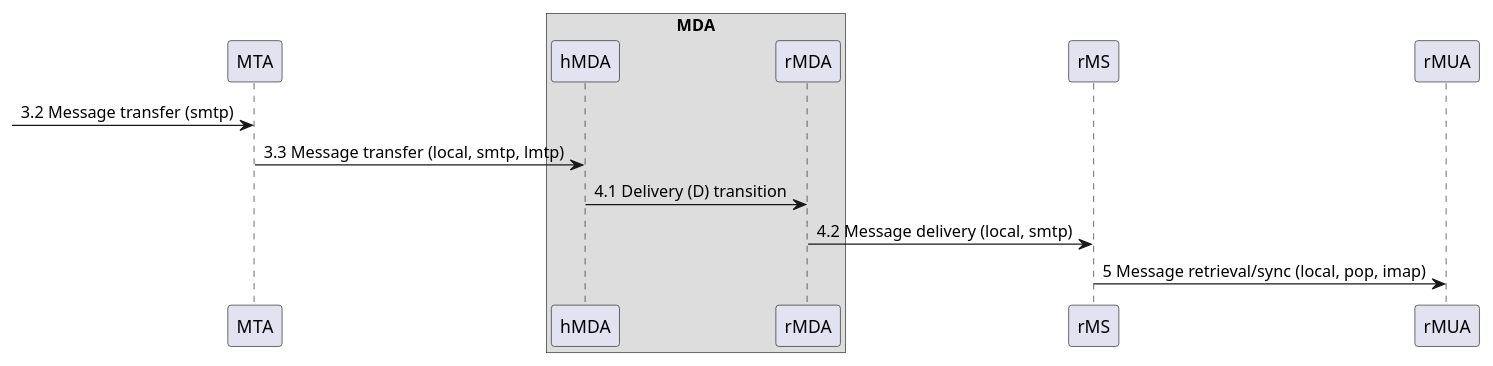
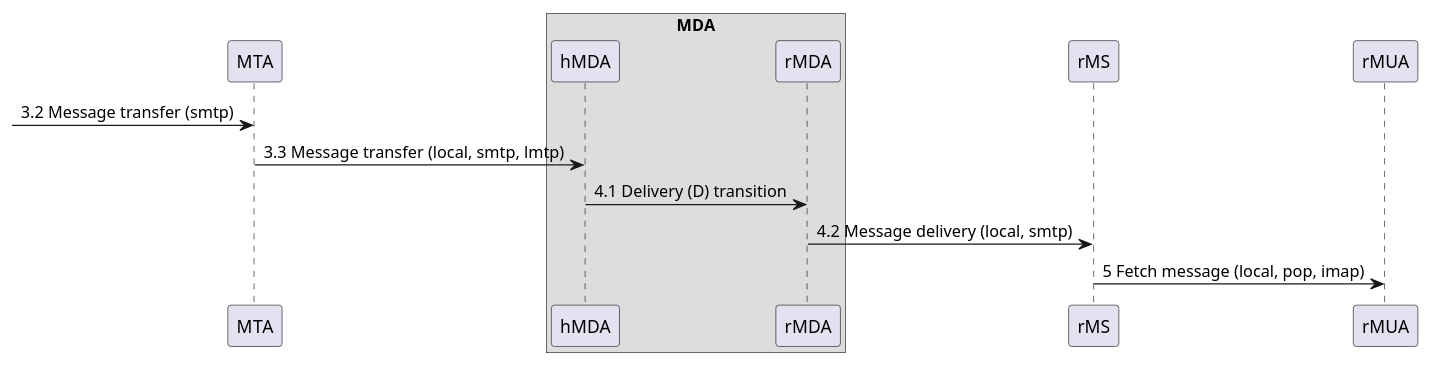
Before and after one commit to federizer/federizer: the diagram in docs/resources/rfc5598_sd_II.puml, drawn with PlantUML. The commit also changed 4 other files, not shown here.

```diff
--- a/docs/resources/rfc5598_sd_II.puml
+++ b/docs/resources/rfc5598_sd_II.puml
@@ -1,36 +1,36 @@
 @startuml Internet Mail Architecture (rfc5598), message flow part II.
 
 /'
 Message
 Message User Agent (MUA)
     Author MUA (aMUA)
     Recipient MUA (rMUA)
 Message Submission Agent (MSA)
     Author-focused MSA functions (aMSA)
     MHS-focused MSA functions (hMSA)
 Message Transfer Agent (MTA)
 Message Delivery Agent (MDA)
     Recipient-focused MDA functions (rMDA)
     MHS-focused MDA functions (hMDA)
 Message Store (MS)
     Author MS (aMS)
     Recipient MS (rMS)
     User Agent MS (uMS)
 '/
 
 'ADMD II. (bar.com)
 participant "MTA" as MTA /'MTA'/
 box "MDA"
 participant "hMDA" as hMDA /'MHS-focused MDA'/
 participant "rMDA" as rMDA /'Recipient-focused MDA'/
 end box
 participant "rMS" as rMS /'Recipient MS'/
 participant "rMUA" as rMUA /'MUA, uMS optional'/
 
 [-> MTA : 3.2 Message transfer (smtp)
 MTA -> hMDA : 3.3 Message transfer (local, smtp, lmtp)
 hMDA -> rMDA : 4.1 Delivery (D) transition
 rMDA -> rMS : 4.2 Message delivery (local, smtp)
-rMS -> rMUA : 5 Message retrieval/sync (local, pop, imap)
+rMS -> rMUA : 5 Fetch message (local, pop, imap)
 
 @enduml
```
